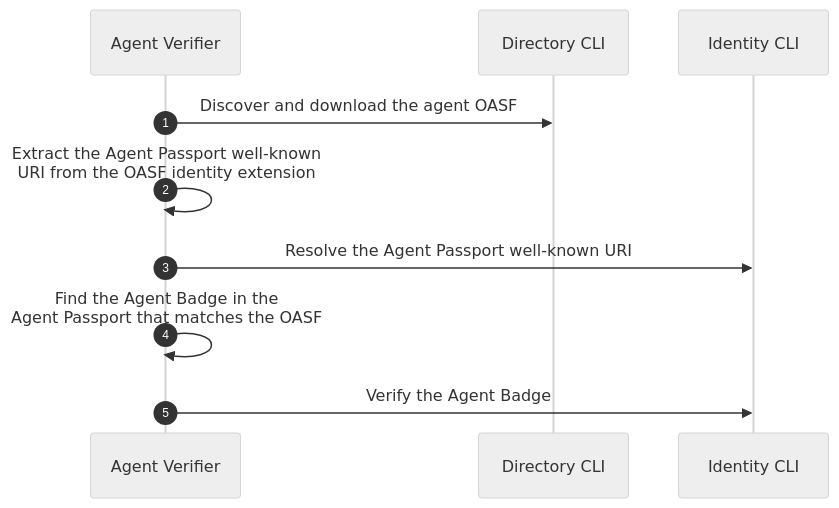
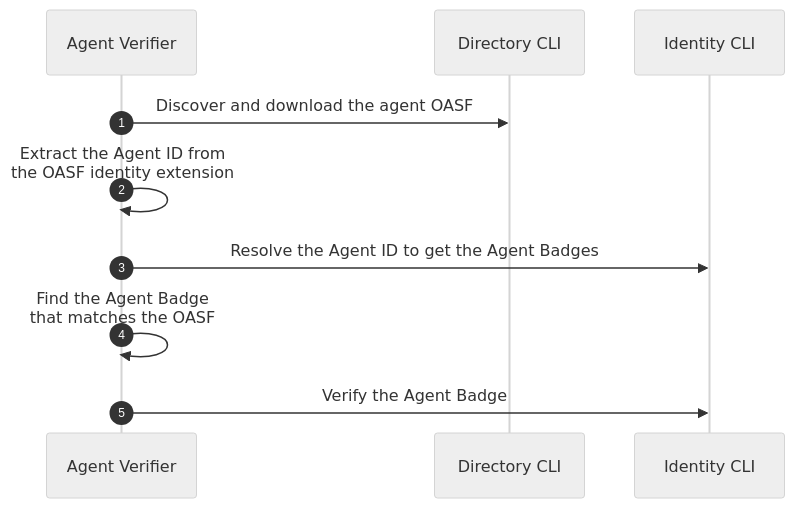
The third of 4 diagrams in docs-src/docs/specs/flows/agntcy_user.md (agntcy/identity-spec), drawn with Mermaid (neutral theme) before and after one commit. The commit also changed other lines of this file and 1 other file, not shown here.

Commit message:
fix: remove passport

````diff
--- a/docs-src/docs/specs/flows/agntcy_user.md
+++ b/docs-src/docs/specs/flows/agntcy_user.md
@@ -45,15 +41,14 @@
 ```mermaid
 sequenceDiagram
 autonumber
 
 Agent Verifier->>Directory CLI: Discover and download the agent OASF
 
+Agent Verifier->>Agent Verifier: Extract the Agent ID from<br/>the OASF identity extension
 
-Agent Verifier->>Agent Verifier: Extract the Agent Passport well-known<br/>URI from the OASF identity extension
+Agent Verifier->>Identity CLI: Resolve the Agent ID to get the Agent Badges
 
-Agent Verifier->>Identity CLI: Resolve the Agent Passport well-known URI
-
-Agent Verifier->>Agent Verifier: Find the Agent Badge in the<br/>Agent Passport that matches the OASF
+Agent Verifier->>Agent Verifier: Find the Agent Badge<br/>that matches the OASF
 
 Agent Verifier->>Identity CLI: Verify the Agent Badge
 ```
````
